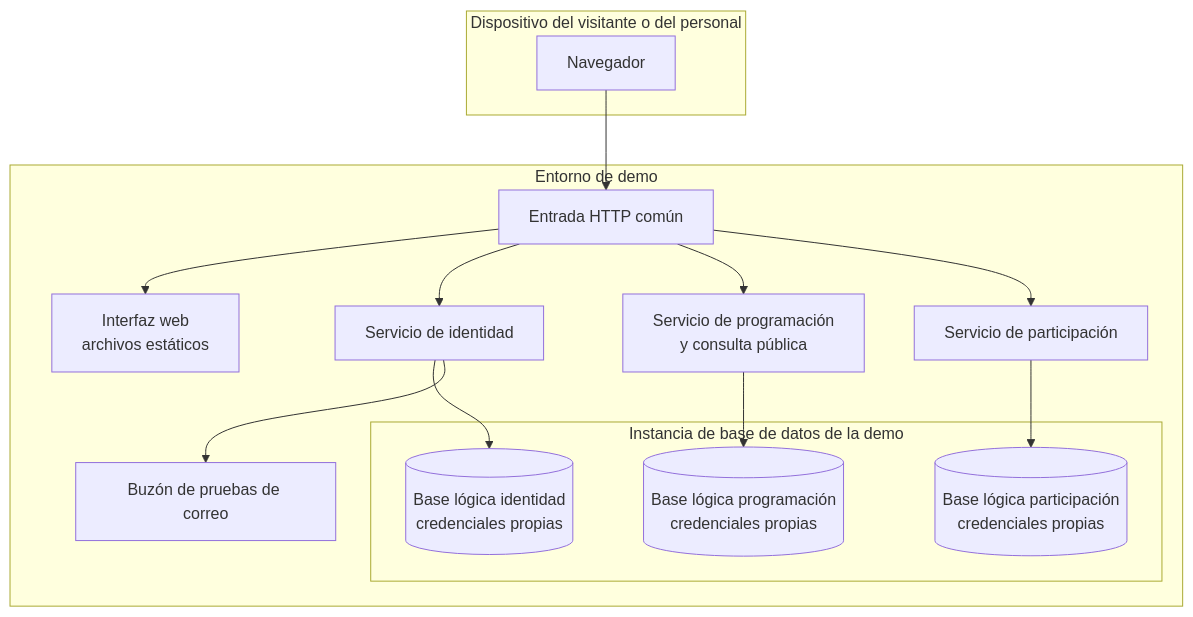
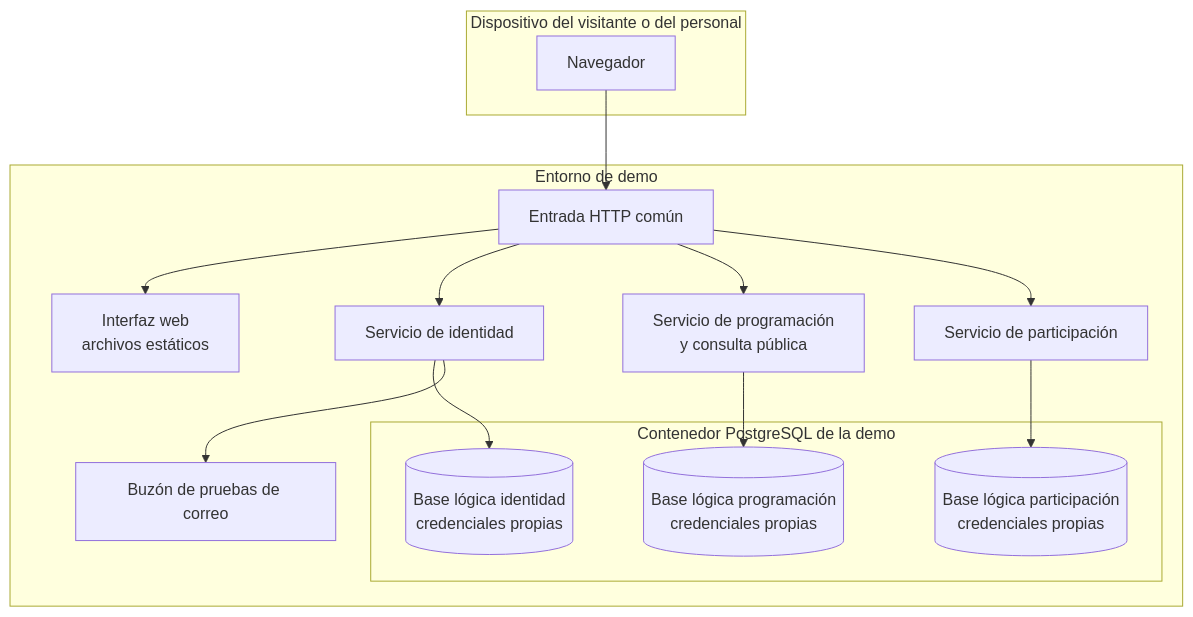
Before and after one commit to Nicolay404/VivArt: the diagram in docs/arquitectura/03-despliegue.md, drawn with Mermaid. The commit also changed other lines of this file and 6 other files, not shown here.

Commit message:
docs(001): PostgreSQL en la arquitectura, el plan y la guía para levantar la demo

````diff
--- a/docs/arquitectura/03-despliegue.md
+++ b/docs/arquitectura/03-despliegue.md
@@ -7,32 +7,32 @@
 ```mermaid
 flowchart TB
     subgraph cliente["Dispositivo del visitante o del personal"]
         nav["Navegador"]
     end
 
     subgraph demo["Entorno de demo"]
         entrada["Entrada HTTP común"]
         web["Interfaz web<br/>archivos estáticos"]
         ident["Servicio de identidad"]
         prog["Servicio de programación<br/>y consulta pública"]
         part["Servicio de participación"]
 
-        subgraph bd["Instancia de base de datos de la demo"]
+        subgraph bd["Contenedor PostgreSQL de la demo"]
             dbi[("Base lógica identidad<br/>credenciales propias")]
             dbp[("Base lógica programación<br/>credenciales propias")]
             dbq[("Base lógica participación<br/>credenciales propias")]
         end
 
         buzon["Buzón de pruebas de correo"]
     end
 
     nav --> entrada
     entrada --> web
     entrada --> ident
     entrada --> prog
     entrada --> part
     ident --> dbi
     prog --> dbp
     part --> dbq
     ident --> buzon
 ```
````
